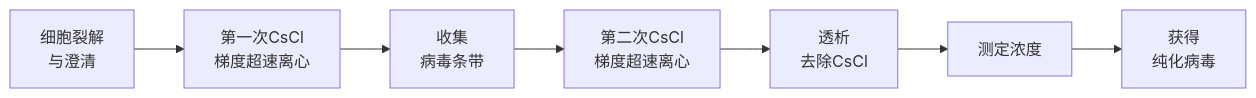
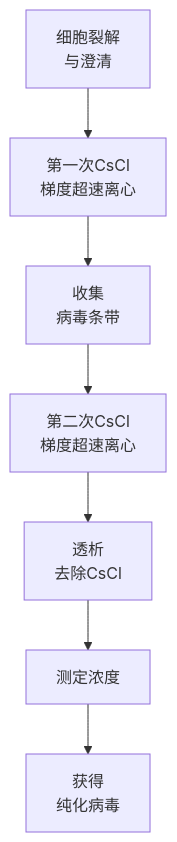
One commit to Raymon-Lyu/Veterinary-Medicine changed the first of 3 diagrams in 生物分离工程/展示.md. Above: the diagram before and after it, drawn with Mermaid. The commit also changed 5 other files, not shown here.

````diff
--- a/生物分离工程/展示.md
+++ b/生物分离工程/展示.md
@@ -41,6 +41,6 @@
 ```mermaid
-graph LR
+graph TD
     A[细胞裂解<br>与澄清] --> B[第一次CsCl<br>梯度超速离心] --> C[收集<br>病毒条带];
     C --> D[第二次CsCl<br>梯度超速离心] --> E[透析<br>去除CsCl];
     E --> F[测定浓度] --> G[获得<br>纯化病毒];
 ```
````
